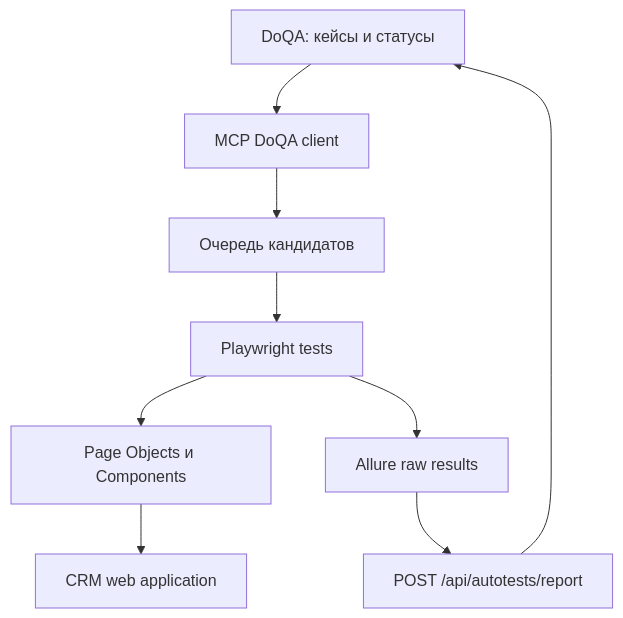
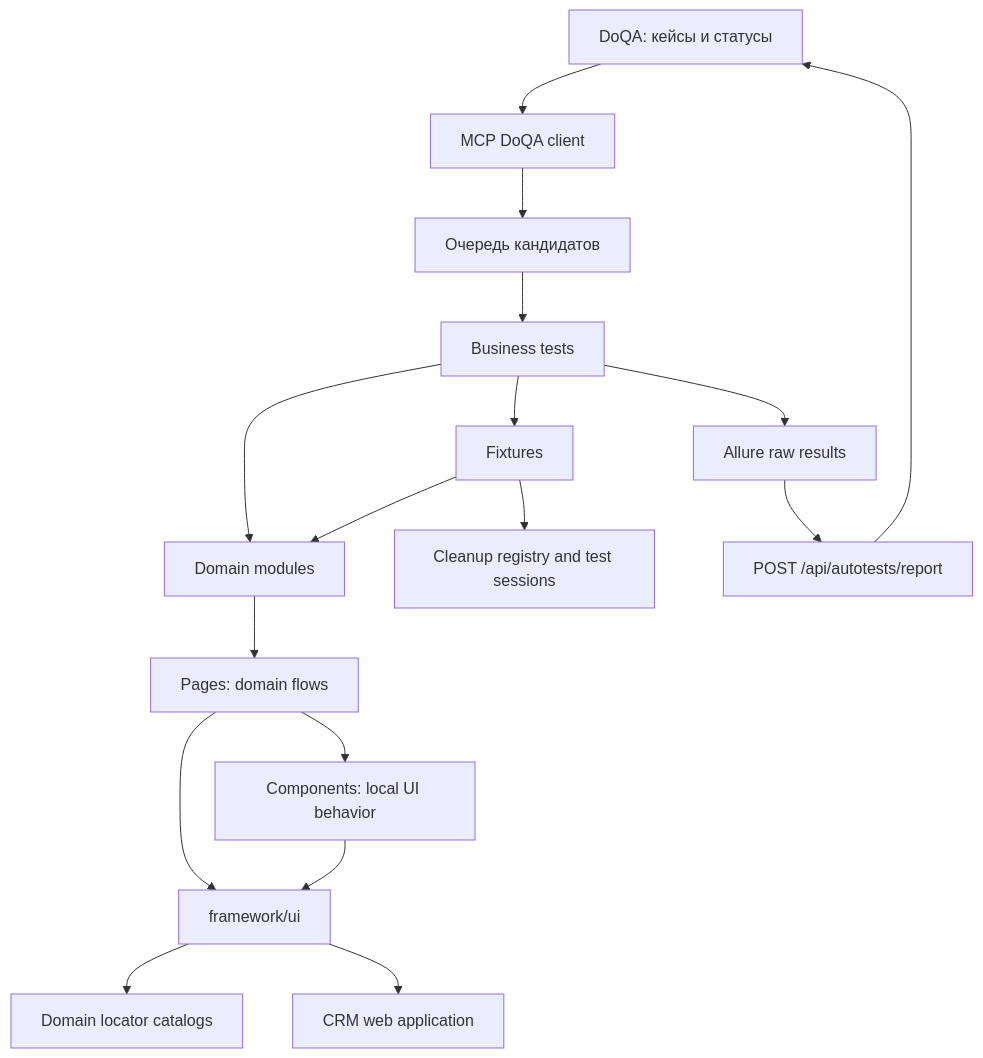
Before and after one commit to BBBtp/AezakmiGroup-Tests: the diagram in docs/ARCHITECTURE.md, drawn with Mermaid. The commit also changed other lines of this file and 69 other files, not shown here.

Commit message:
refactor: introduce clean test automation architecture

````diff
--- a/docs/ARCHITECTURE.md
+++ b/docs/ARCHITECTURE.md
@@ -9,11 +9,19 @@
 ```mermaid
 flowchart TD
   DoQA[DoQA: кейсы и статусы] --> MCP[MCP DoQA client]
   MCP --> Queue[Очередь кандидатов]
-  Queue --> Tests[Playwright tests]
-  Tests --> PO[Page Objects и Components]
-  PO --> CRM[CRM web application]
+  Queue --> Tests[Business tests]
+  Tests --> Fixtures[Fixtures]
+  Tests --> Modules[Domain modules]
+  Fixtures --> Modules
+  Modules --> Pages[Pages: domain flows]
+  Pages --> Components[Components: local UI behavior]
+  Pages --> UI[framework/ui]
+  Components --> UI
+  UI --> Locators[Domain locator catalogs]
+  UI --> CRM[CRM web application]
+  Fixtures --> Lifecycle[Cleanup registry and test sessions]
   Tests --> Allure[Allure raw results]
   Allure --> Upload[POST /api/autotests/report]
   Upload --> DoQA
 ```
````
